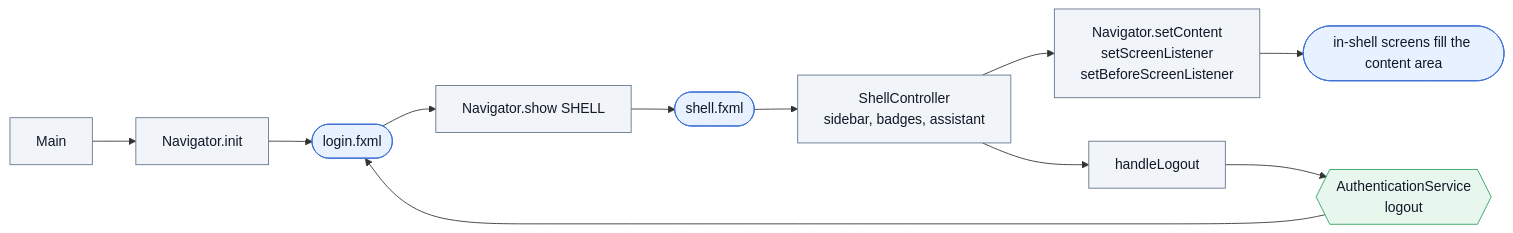
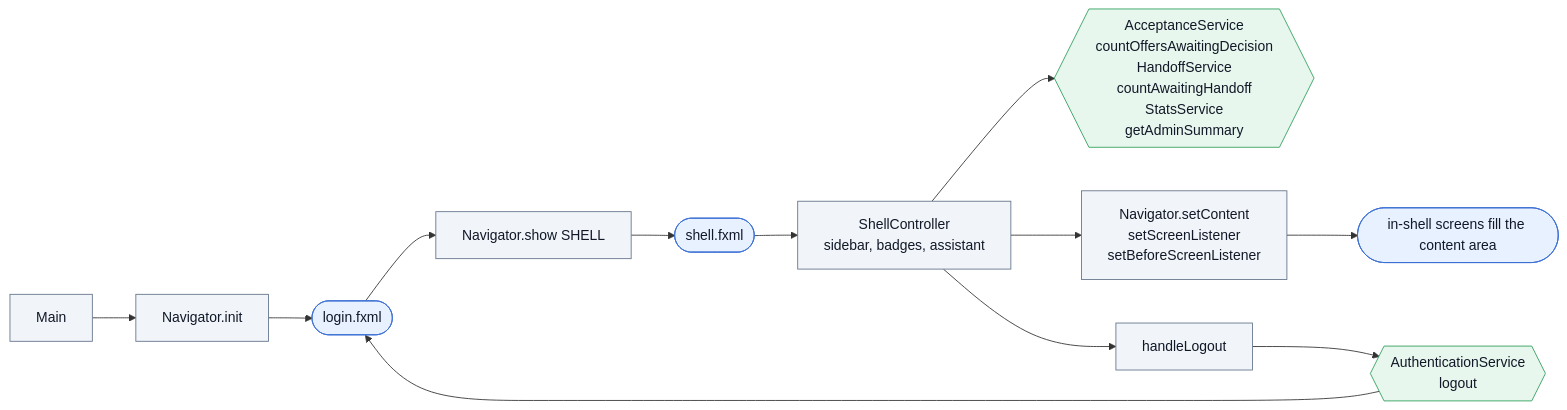
Diagram 15 of 17 in docs/MAP.md (Az-Zav/ANIPLATO), drawn with Mermaid before and after one commit. The commit also changed other lines of this file and 5 other files, not shown here.

First line of the commit message:
Show the sidebar counts and give the food group the design's seven items (round 4, slice A)

````diff
--- a/docs/MAP.md
+++ b/docs/MAP.md
@@ -941,11 +943,11 @@
 ```mermaid
 flowchart LR
   classDef screen fill:#e8f1ff,stroke:#3b6fd4,color:#111827
   classDef ctrl fill:#f1f5f9,stroke:#64748b,color:#111827
   classDef svc fill:#e8f7ee,stroke:#2f9e5a,color:#111827
   M[Main]:::ctrl --> NI[Navigator.init]:::ctrl --> NL([login.fxml]):::screen
-  NL --> NS[Navigator.show SHELL]:::ctrl --> SH([shell.fxml]):::screen --> SC[ShellController<br/>sidebar, badges, assistant]:::ctrl
+  NL --> NS[Navigator.show SHELL]:::ctrl --> SH([shell.fxml]):::screen --> SC[ShellController<br/>sidebar, badges, assistant]:::ctrl --> BC{{AcceptanceService<br/>countOffersAwaitingDecision<br/>HandoffService<br/>countAwaitingHandoff<br/>StatsService<br/>getAdminSummary}}:::svc
   SC --> NC[Navigator.setContent<br/>setScreenListener<br/>setBeforeScreenListener]:::ctrl
   NC --> IN([in-shell screens fill the content area]):::screen
   SC --> LO[handleLogout]:::ctrl --> AL{{AuthenticationService<br/>logout}}:::svc --> NL
 ```
````
